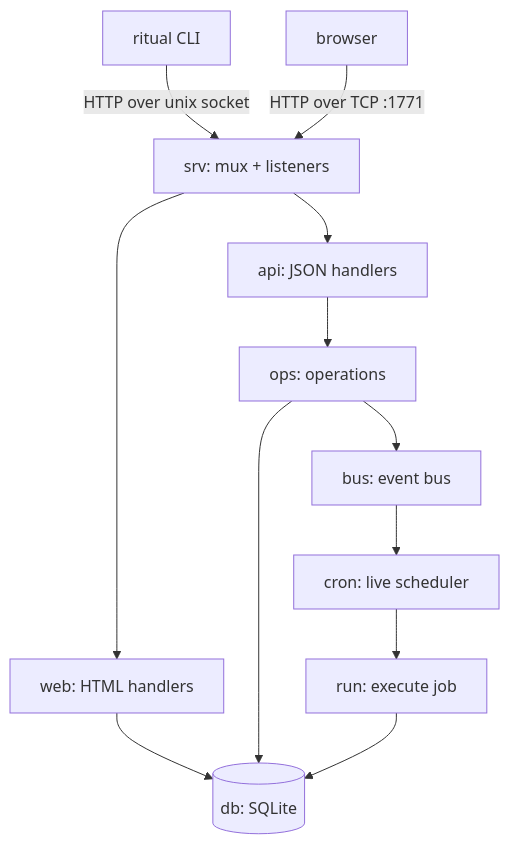
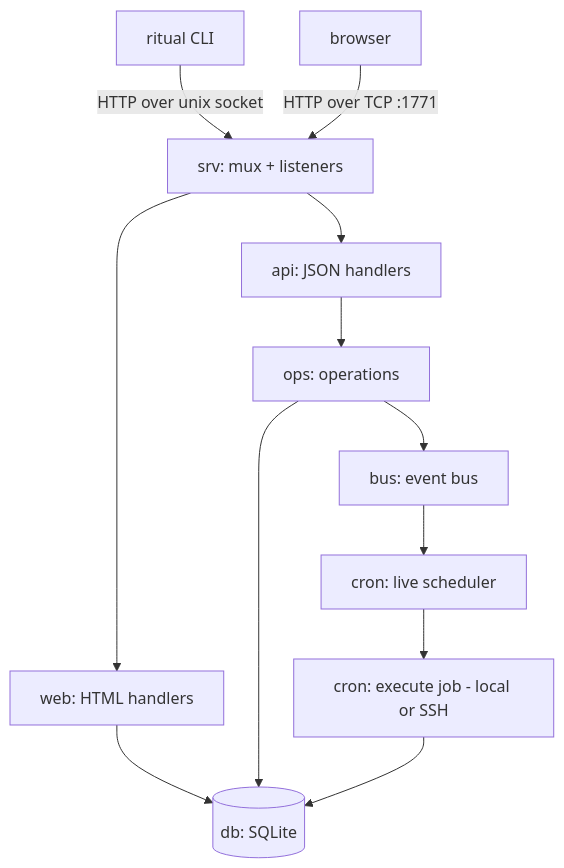
One commit to tduncan96/ritual changed the diagram in docs/README.md. Above: the diagram before and after it, drawn with Mermaid. The commit also changed other lines of this file and 11 other files, not shown here.

````diff
--- a/docs/README.md
+++ b/docs/README.md
@@ -29,14 +28,14 @@
 ```mermaid
 flowchart TD
     CLI[ritual CLI] -->|HTTP over unix socket| SRV
     BROWSER[browser] -->|HTTP over TCP :1771| SRV
     SRV[srv: mux + listeners] --> API[api: JSON handlers]
     SRV --> WEB[web: HTML handlers]
     API --> OPS[ops: operations]
     WEB --> DB
     OPS --> DB[(db: SQLite)]
     OPS --> BUS[bus: event bus]
     BUS --> CRON[cron: live scheduler]
-    CRON --> RUN[run: execute job]
+    CRON --> RUN[cron: execute job - local or SSH]
     RUN --> DB
 ```
````
